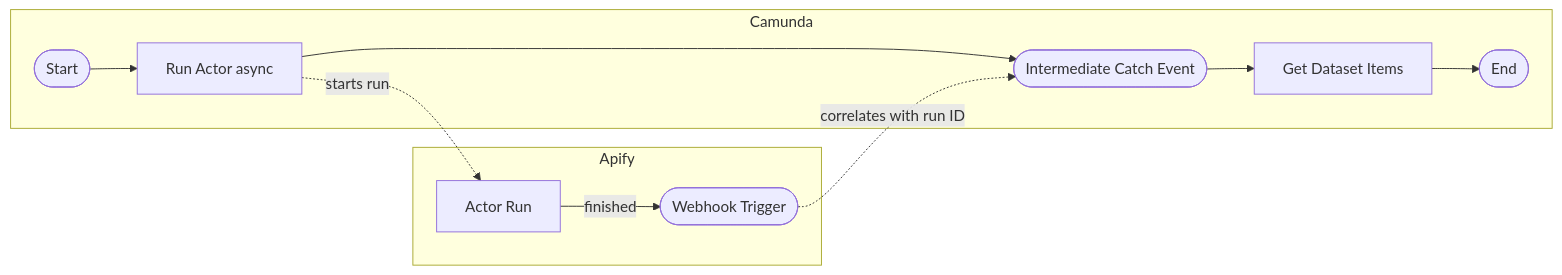
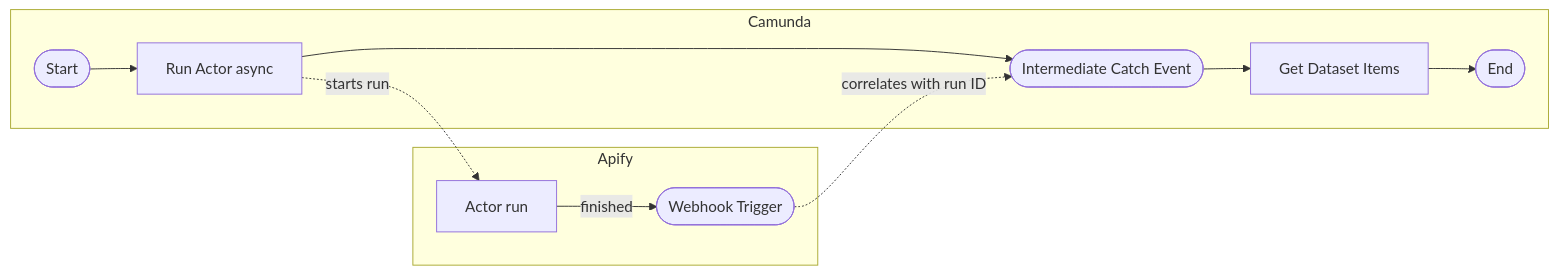
One commit to apify/apify-docs changed the fourth of 8 diagrams in sources/platform/integrations/workflows-and-notifications/camunda.md. Above: the diagram before and after it, drawn with Mermaid. The commit also changed other lines of this file, not shown here.

Commit message:
docs: enhance Camunda integration documentation with detailed explanations and mermaid diagrams

````diff
--- a/sources/platform/integrations/workflows-and-notifications/camunda.md
+++ b/sources/platform/integrations/workflows-and-notifications/camunda.md
@@ -227,14 +251,14 @@
 ```mermaid
 graph LR
     subgraph Camunda
         A([Start]) --> B[Run Actor async]
         B --> C([Intermediate Catch Event])
         C --> D[Get Dataset Items]
         D --> E([End])
     end
     subgraph Apify
-        AR[Actor Run] -->|finished| W([Webhook Trigger])
+        AR[Actor run] -->|finished| W([Webhook Trigger])
     end
     B -.->|starts run| AR
     W -.->|correlates with run ID| C
 ```
````
